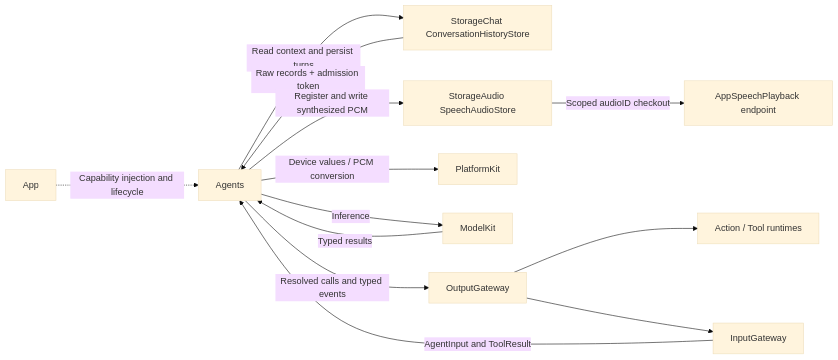
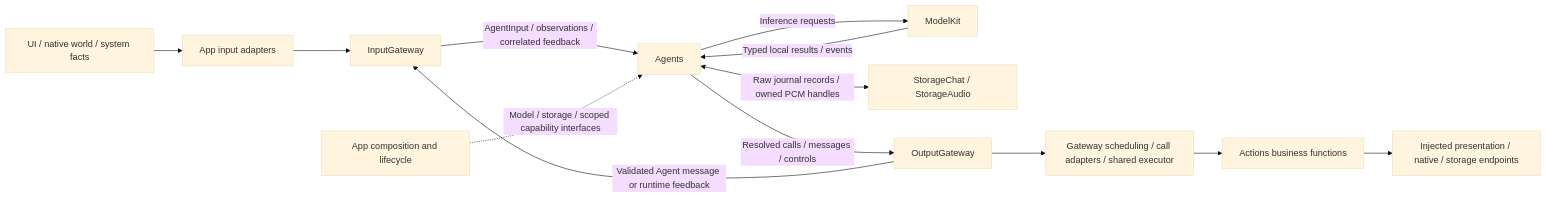
Before and after one commit to devilyouwei/MobileHarness: the first of 3 diagrams in MobileHarness/Agents/README.md, drawn with Mermaid (base theme). The commit also changed other lines of this file and 238 other files, not shown here.

First line of the commit message:
Separate callable Actions from Gateway execution and call protocols

````diff
--- a/MobileHarness/Agents/README.md
+++ b/MobileHarness/Agents/README.md
@@ -27,15 +11,15 @@
 ```mermaid
 flowchart LR
-    App -.->|Capability injection and lifecycle| Agents
-    Input[InputGateway] -->|AgentInput and ToolResult| Agents
-    Agents -->|Read context and persist turns| Storage[StorageChat ConversationHistoryStore]
-    Storage -->|Raw records + admission token| Agents
-    Agents -->|Register and write synthesized PCM| Audio[StorageAudio SpeechAudioStore]
-    Audio -->|Scoped audioID checkout| Playback[AppSpeechPlayback endpoint]
-    Agents -->|Device values / PCM conversion| PlatformKit
-    Agents -->|Inference| ModelKit
-    ModelKit -->|Typed results| Agents
-    Agents -->|Resolved calls and typed events| Output[OutputGateway]
-    Output --> Runtime[Action / Tool runtimes]
-    Output --> Input
+    External[UI / native world / system facts] --> Adapter[App input adapters]
+    Adapter --> Input[InputGateway]
+    Input -->|AgentInput / observations / correlated feedback| Agents
+    App[App composition and lifecycle] -.->|Model / storage / scoped capability interfaces| Agents
+    Agents -->|Inference requests| ModelKit
+    ModelKit -->|Typed local results / events| Agents
+    Agents <-->|Raw journal records / owned PCM handles| Storage[StorageChat / StorageAudio]
+    Agents -->|Resolved calls / messages / controls| Output[OutputGateway]
+    Output -->|Validated Agent message or runtime feedback| Input
+    Output --> Runtime[Gateway scheduling / call adapters / shared executor]
+    Runtime --> Functions[Actions business functions]
+    Functions --> Effects[Injected presentation / native / storage endpoints]
 ```
````
